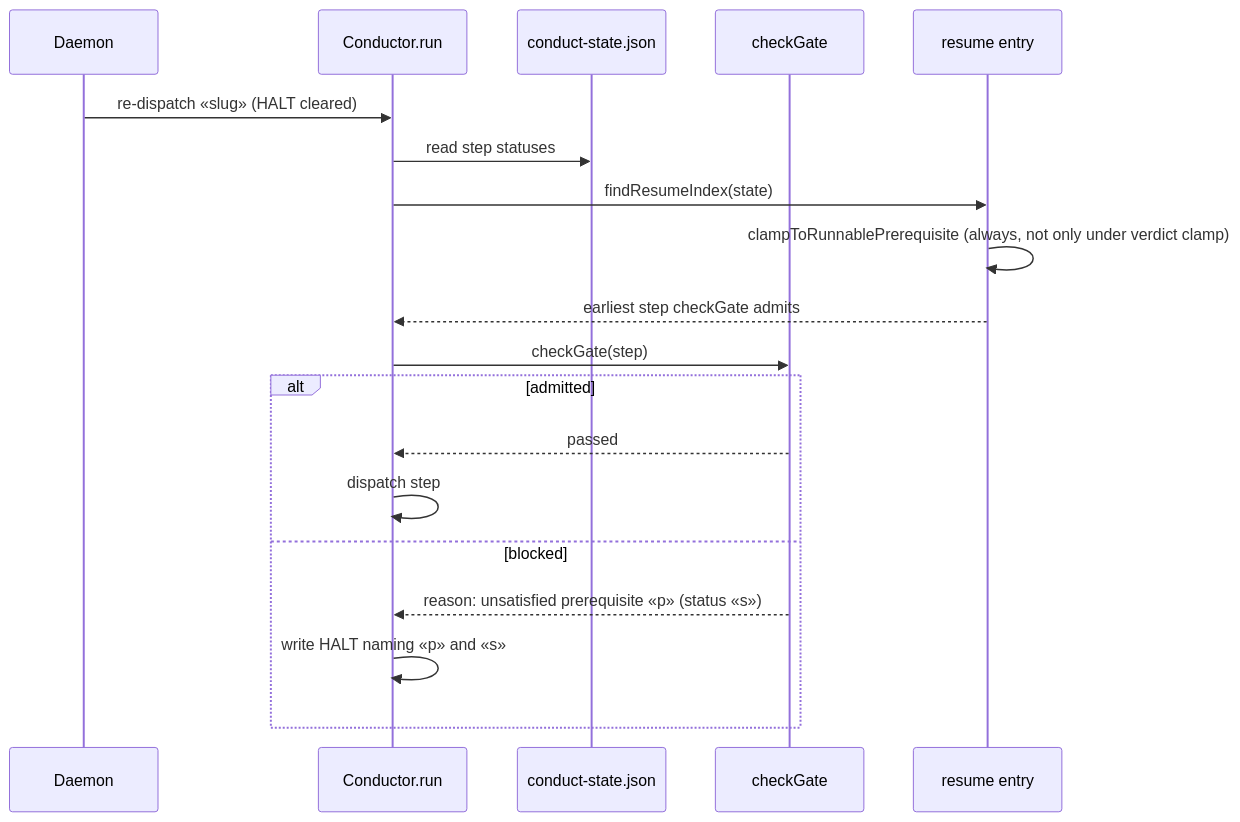
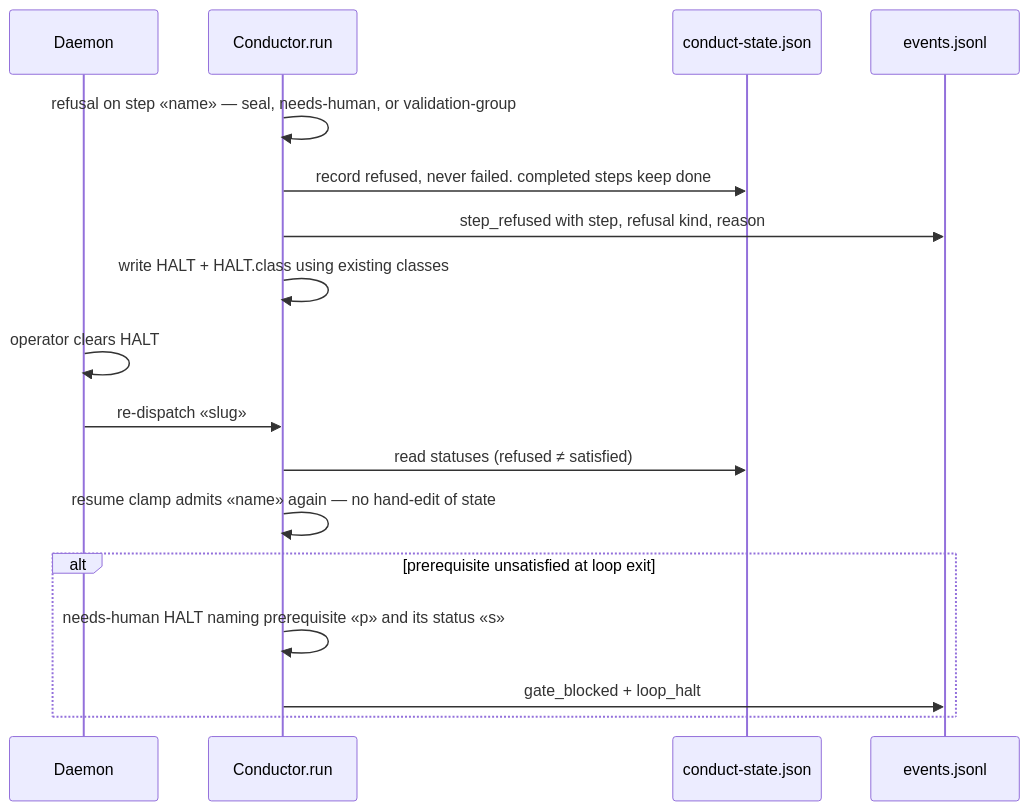
The second of 2 diagrams in .docs/architecture/a-gate-halt-marks-a-completed-build-failed-and-the.md (jstoup111/ai-conductor), drawn with Mermaid before and after one commit. The commit also changed other lines of this file and 7 other files, not shown here.

````diff
--- a/.docs/architecture/a-gate-halt-marks-a-completed-build-failed-and-the.md
+++ b/.docs/architecture/a-gate-halt-marks-a-completed-build-failed-and-the.md
@@ -41,22 +43,20 @@
 ```mermaid
 sequenceDiagram
   participant D as Daemon
   participant C as Conductor.run
   participant S as conduct-state.json
-  participant G as checkGate
-  participant R as resume entry
+  participant E as events.jsonl
 
-  D->>C: re-dispatch «slug» (HALT cleared)
-  C->>S: read step statuses
-  C->>R: findResumeIndex(state)
-  R->>R: clampToRunnablePrerequisite (always, not only under verdict clamp)
-  R-->>C: earliest step checkGate admits
-  C->>G: checkGate(step)
-  alt admitted
-    G-->>C: passed
-    C->>C: dispatch step
-  else blocked
-    G-->>C: reason: unsatisfied prerequisite «p» (status «s»)
-    C->>C: write HALT naming «p» and «s»
+  C->>C: refusal on step «name» — seal, needs-human, or validation-group
+  C->>S: record refused, never failed. completed steps keep done
+  C->>E: step_refused with step, refusal kind, reason
+  C->>C: write HALT + HALT.class using existing classes
+  D->>D: operator clears HALT
+  D->>C: re-dispatch «slug»
+  C->>S: read statuses (refused ≠ satisfied)
+  C->>C: resume clamp admits «name» again — no hand-edit of state
+  alt prerequisite unsatisfied at loop exit
+    C->>C: needs-human HALT naming prerequisite «p» and its status «s»
+    C->>E: gate_blocked + loop_halt
   end
 ```
````
